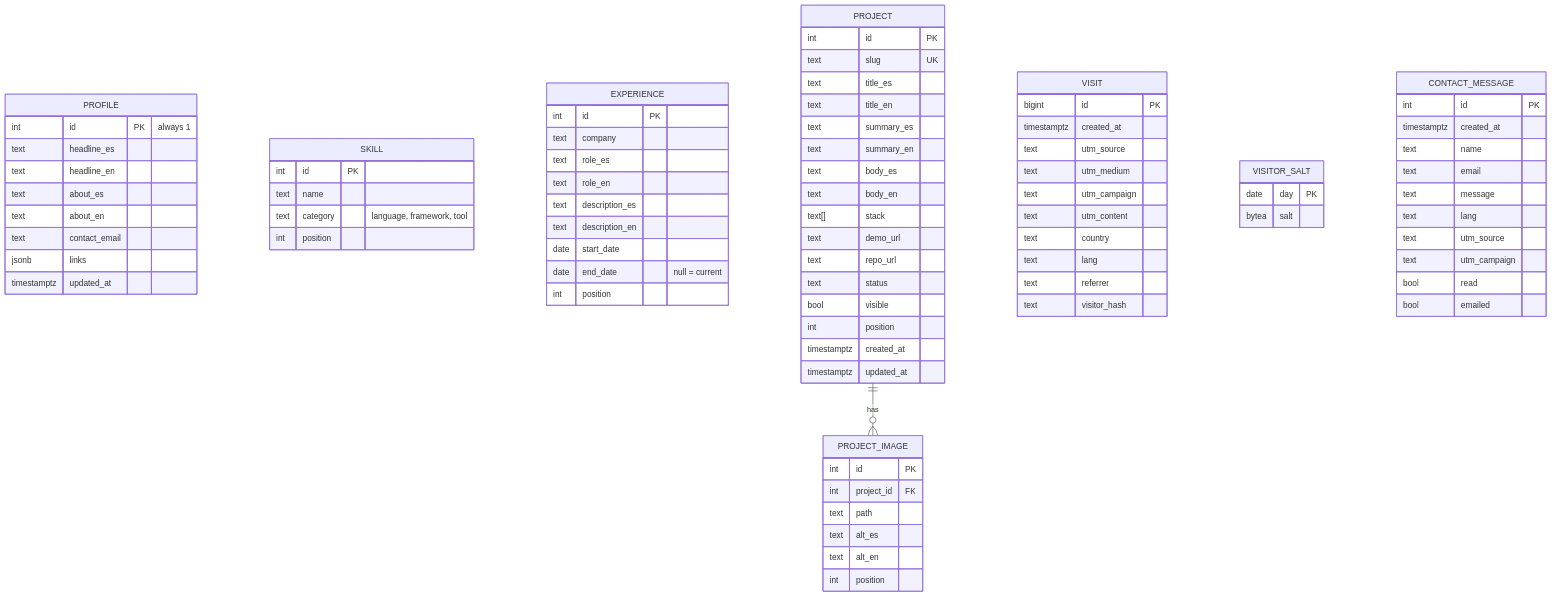
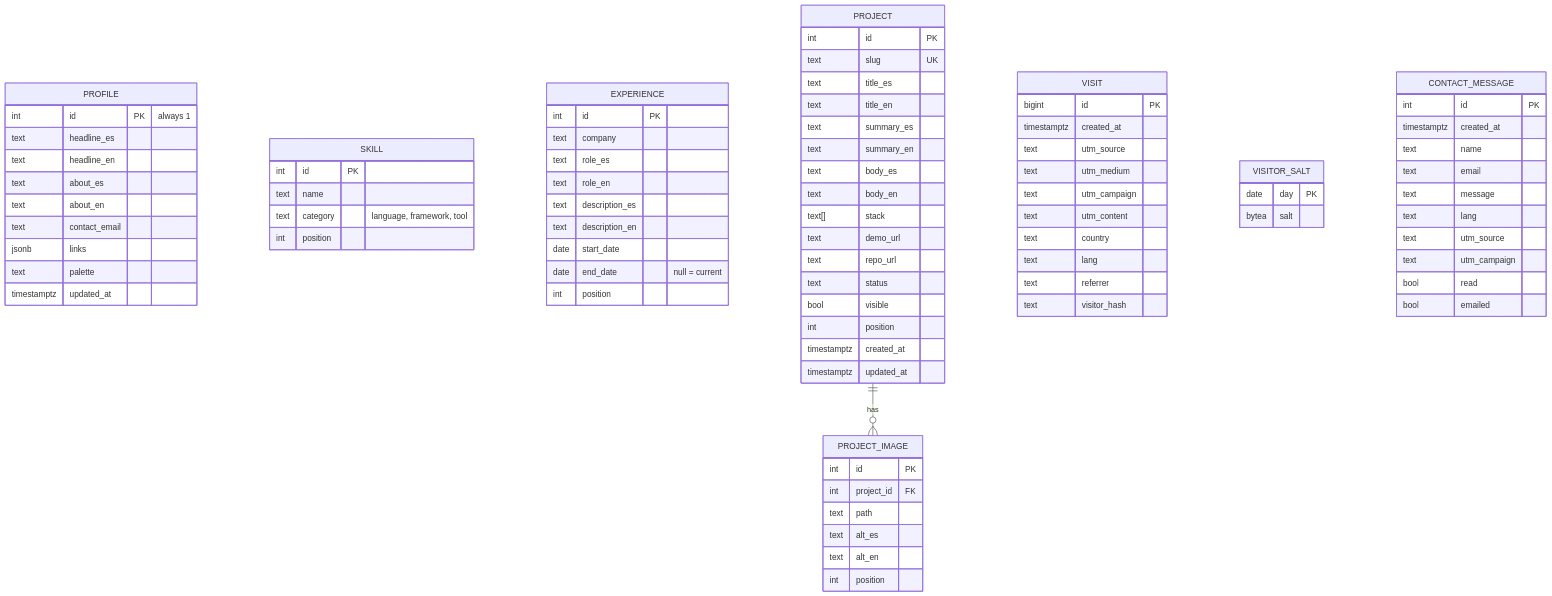
One commit to GearXnico/Portafolio-Page changed the second of 3 diagrams in docs/architecture.md. Above: the diagram before and after it, drawn with Mermaid. The commit also changed 23 other files, not shown here.

```diff
--- a/docs/architecture.md
+++ b/docs/architecture.md
@@ -58,6 +58,7 @@
         text about_en
         text contact_email
         jsonb links
+        text palette
         timestamptz updated_at
     }
     SKILL {
```
